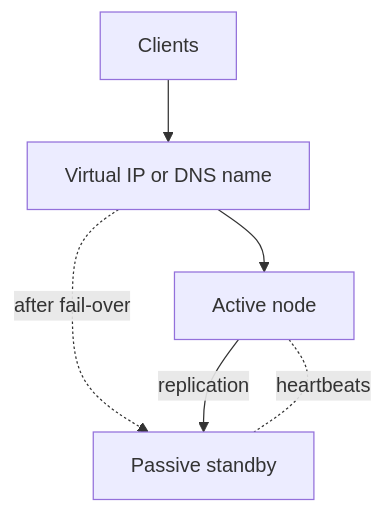
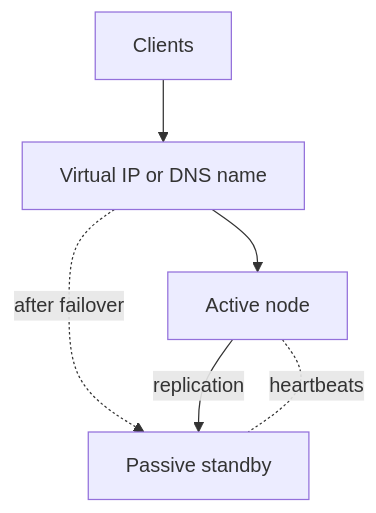
The first of 2 diagrams in src/content/docs/fundamentals/availability-patterns.mdx (butyavk/system-design), drawn with Mermaid before and after one commit. The commit also changed other lines of this file and 117 other files, not shown here.

````diff
--- a/src/content/docs/fundamentals/availability-patterns.mdx
+++ b/src/content/docs/fundamentals/availability-patterns.mdx
@@ -25,8 +25,8 @@
 ```mermaid
 flowchart TB
   clients["Clients"] --> vip["Virtual IP or DNS name"]
   vip --> active["Active node"]
-  vip -.->|"after fail-over"| passive["Passive standby"]
+  vip -.->|"after failover"| passive["Passive standby"]
   active -->|"replication"| passive
   active -.-|"heartbeats"| passive
 ```
````
